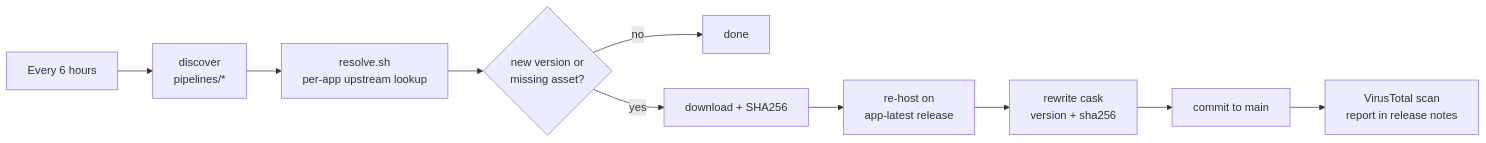
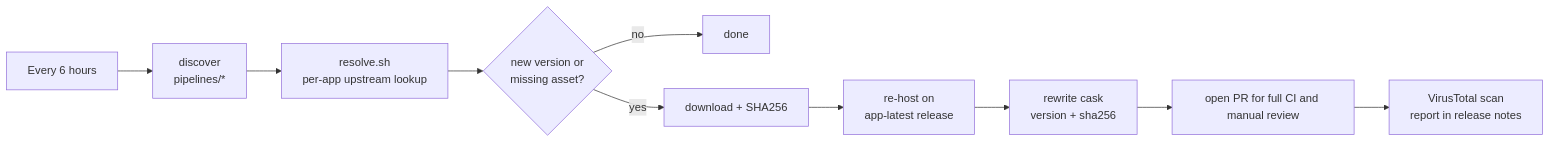
One commit to engels74/homebrew-taps changed the diagram in README.md. Above: the diagram before and after it, drawn with Mermaid. The commit also changed other lines of this file and 18 other files, not shown here.

````diff
--- a/README.md
+++ b/README.md
@@ -99,12 +89,12 @@
 ```mermaid
 flowchart LR
     A[Every 6 hours] --> B[discover<br/>pipelines/*]
     B --> C[resolve.sh<br/>per-app upstream lookup]
     C --> D{new version or<br/>missing asset?}
     D -- no --> Z[done]
     D -- yes --> E[download + SHA256]
     E --> F[re-host on<br/>app-latest release]
     F --> G[rewrite cask<br/>version + sha256]
-    G --> H[commit to main]
+    G --> H[open PR for full CI and manual review]
     H --> I[VirusTotal scan<br/>report in release notes]
 ```
````
